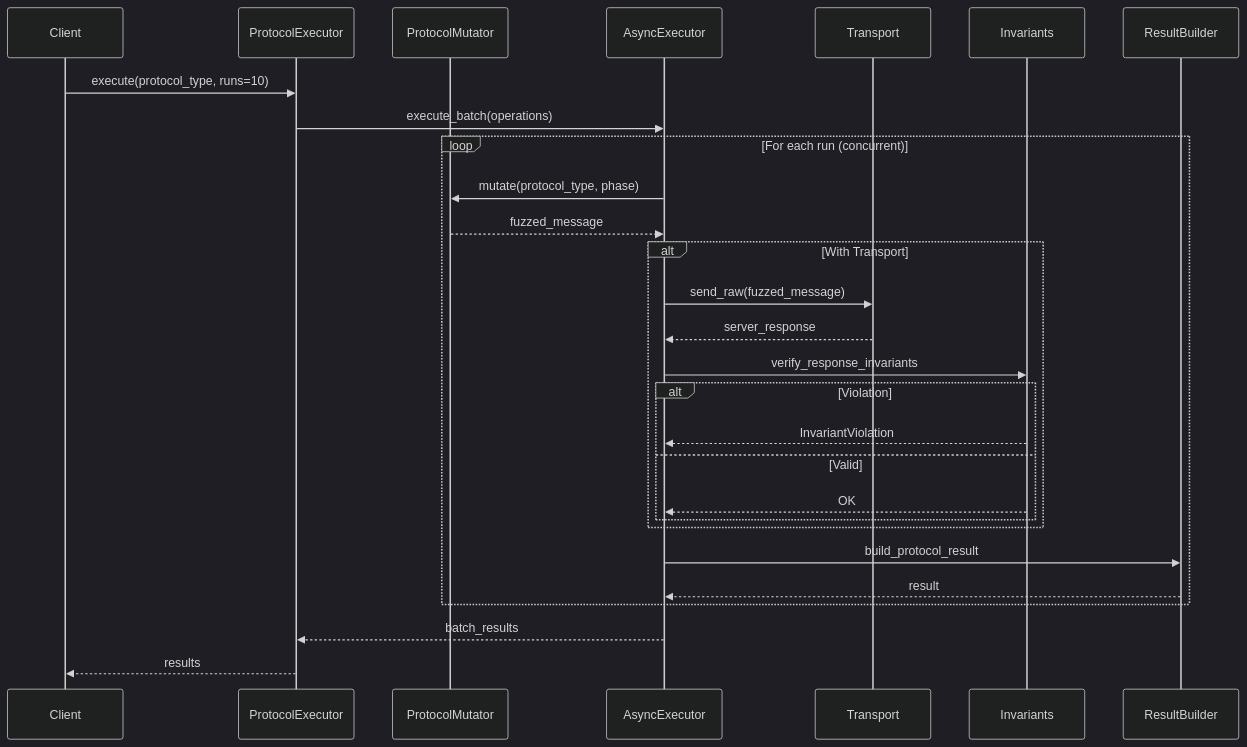
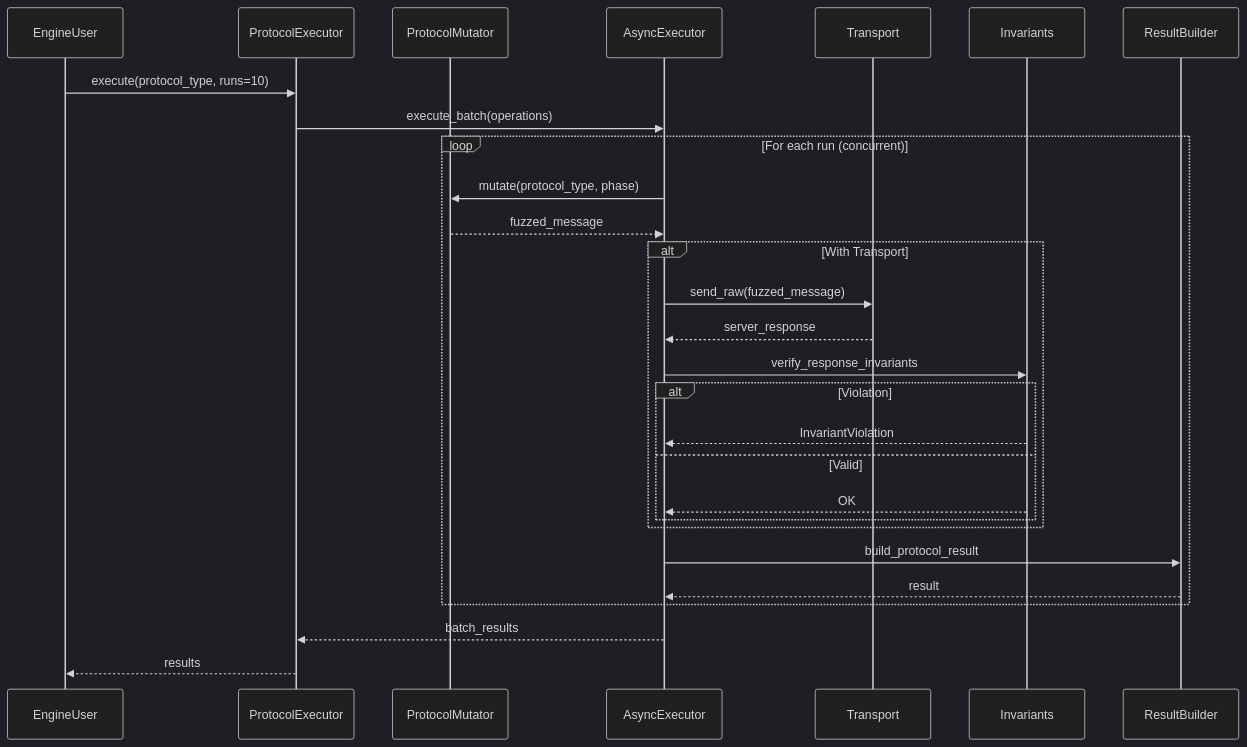
Before and after one commit to Agent-Hellboy/mcp-server-fuzzer: the third of 3 diagrams in docs/architecture/fuzz-engine.md, drawn with Mermaid (dark theme). The commit also changed other lines of this file and 24 other files, not shown here.

````diff
--- a/docs/architecture/fuzz-engine.md
+++ b/docs/architecture/fuzz-engine.md
@@ -471,36 +478,36 @@
 ```mermaid
 sequenceDiagram
-    participant Client
+    participant EngineUser
     participant ProtocolExecutor
     participant ProtocolMutator
     participant AsyncExecutor
     participant Transport
     participant Invariants
     participant ResultBuilder
 
-    Client->>ProtocolExecutor: execute(protocol_type, runs=10)
+    EngineUser->>ProtocolExecutor: execute(protocol_type, runs=10)
     ProtocolExecutor->>AsyncExecutor: execute_batch(operations)
 
     loop For each run (concurrent)
         AsyncExecutor->>ProtocolMutator: mutate(protocol_type, phase)
         ProtocolMutator-->>AsyncExecutor: fuzzed_message
 
         alt With Transport
             AsyncExecutor->>Transport: send_raw(fuzzed_message)
             Transport-->>AsyncExecutor: server_response
 
             AsyncExecutor->>Invariants: verify_response_invariants
             alt Violation
                 Invariants-->>AsyncExecutor: InvariantViolation
             else Valid
                 Invariants-->>AsyncExecutor: OK
             end
         end
 
         AsyncExecutor->>ResultBuilder: build_protocol_result
         ResultBuilder-->>AsyncExecutor: result
     end
 
     AsyncExecutor-->>ProtocolExecutor: batch_results
-    ProtocolExecutor-->>Client: results
+    ProtocolExecutor-->>EngineUser: results
 ```
````
